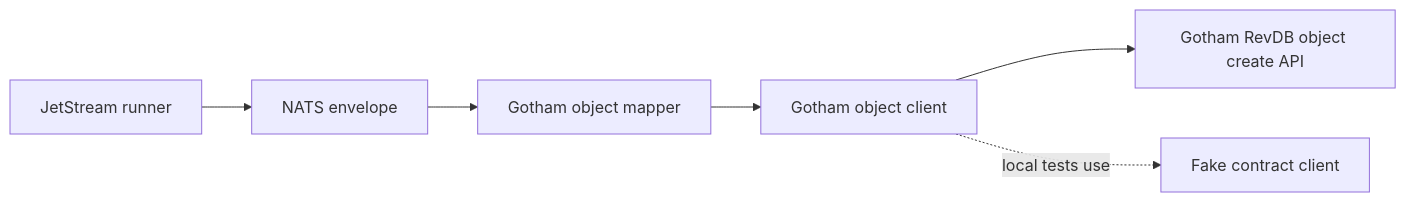
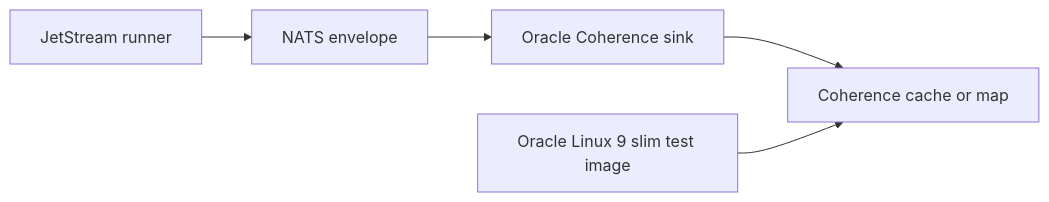
The diagram in docs/test-report.md (ProjectCuillin/nats-sinks), drawn with Mermaid before and after one commit. The commit also changed other lines of this file and 40 other files, not shown here.

Commit message:
Add Oracle Coherence CE sink

````diff
--- a/docs/test-report.md
+++ b/docs/test-report.md
@@ -34,8 +32,7 @@
 ```mermaid
 flowchart LR
     Runner[JetStream runner] --> Envelope[NATS envelope]
-    Envelope --> Mapper[Gotham object mapper]
-    Mapper --> Client[Gotham object client]
-    Client --> Target[Gotham RevDB object create API]
-    Client -. local tests use .-> Fake[Fake contract client]
+    Envelope --> Coherence[Oracle Coherence sink]
+    Coherence --> Cache[Coherence cache or map]
+    TestImage[Oracle Linux 9 slim test image] --> Cache
 ```
````
